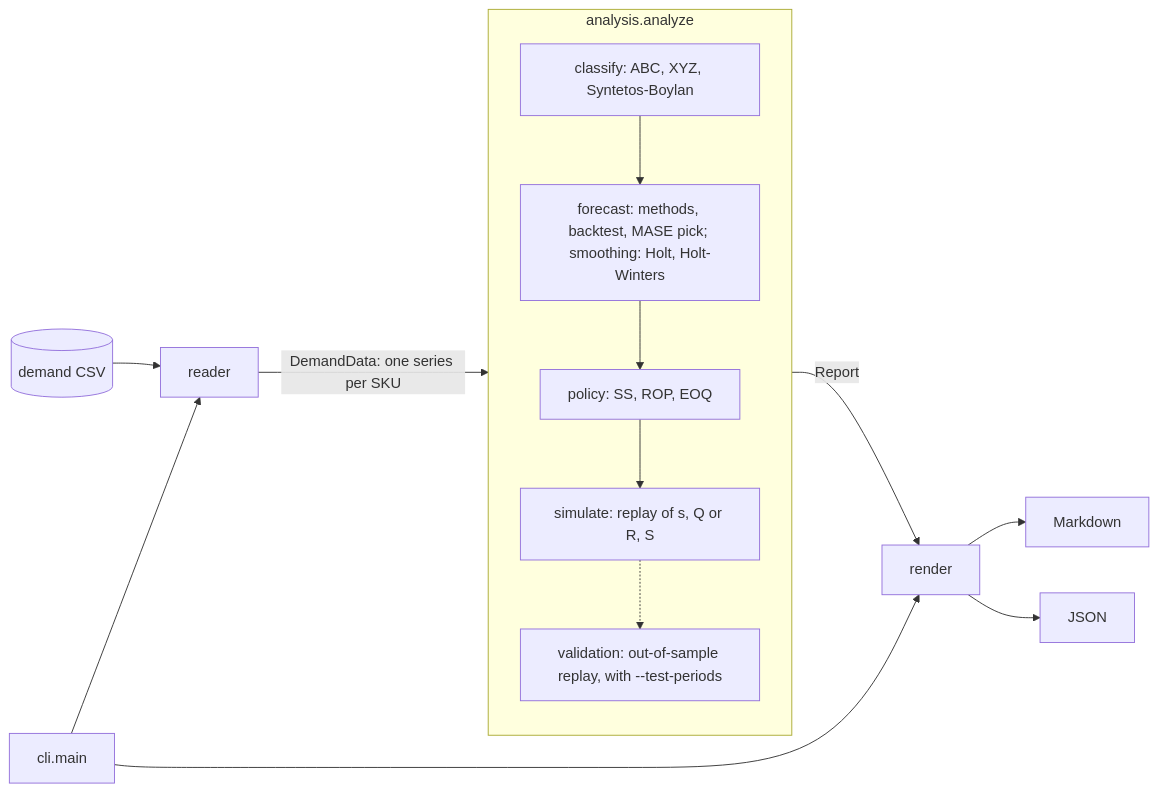
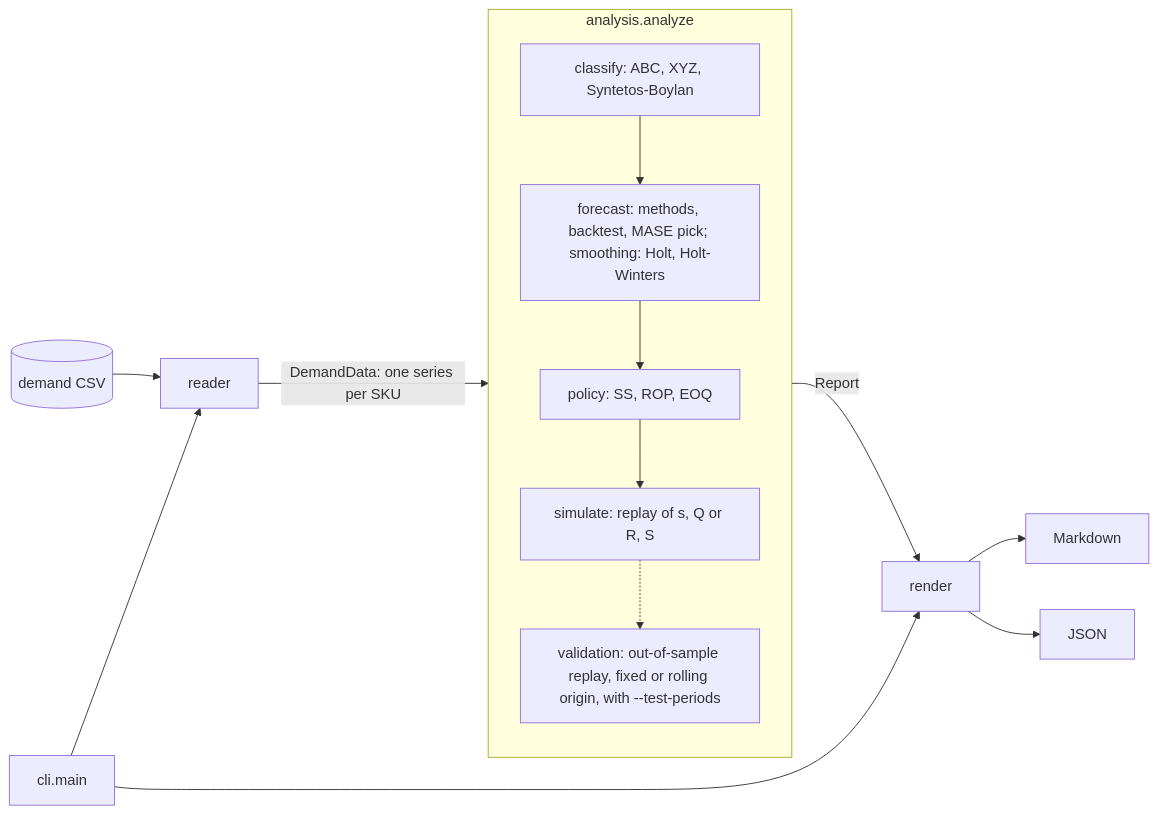
Before and after one commit to rodrix91/inventory-policy-lab: the diagram in README.md, drawn with Mermaid. The commit also changed other lines of this file and 2 other files, not shown here.

Commit message:
Document the rolling-origin replay: ADR 0009, README results, CHANGELOG

````diff
--- a/README.md
+++ b/README.md
@@ -483,19 +508,19 @@
 ```mermaid
 flowchart LR
     CSV[(demand CSV)] --> reader
     reader -->|DemandData: one series per SKU| analysis
     subgraph analysis [analysis.analyze]
         classify[classify: ABC, XYZ, Syntetos-Boylan]
         forecast[forecast: methods, backtest, MASE pick; smoothing: Holt, Holt-Winters]
         policy[policy: SS, ROP, EOQ]
         simulate[simulate: replay of s, Q or R, S]
-        validation[validation: out-of-sample replay, with --test-periods]
+        validation[validation: out-of-sample replay, fixed or rolling origin, with --test-periods]
         classify --> forecast --> policy --> simulate
         simulate -.-> validation
     end
     analysis -->|Report| render
     render --> MD[Markdown]
     render --> JSON[JSON]
     cli[cli.main] --> reader
     cli --> render
 ```
````
